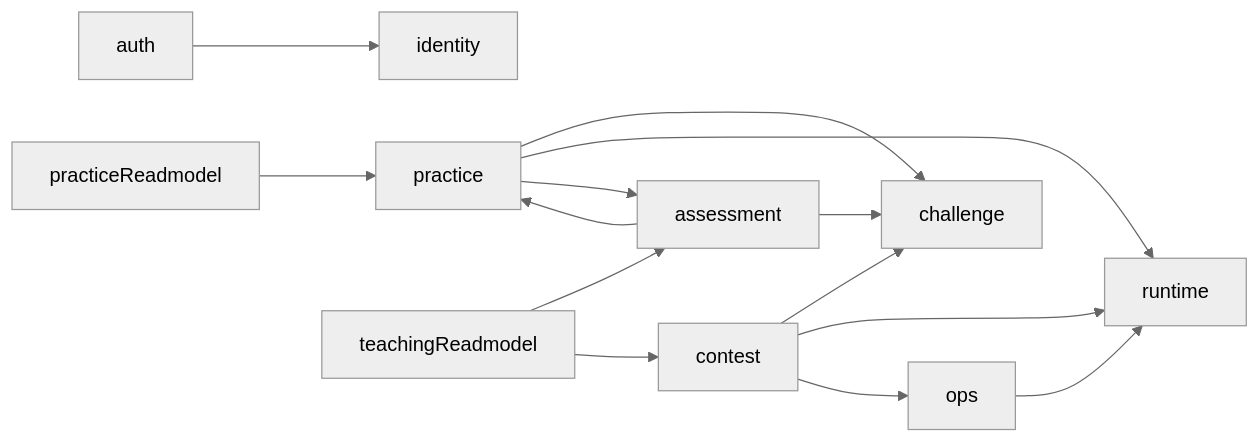
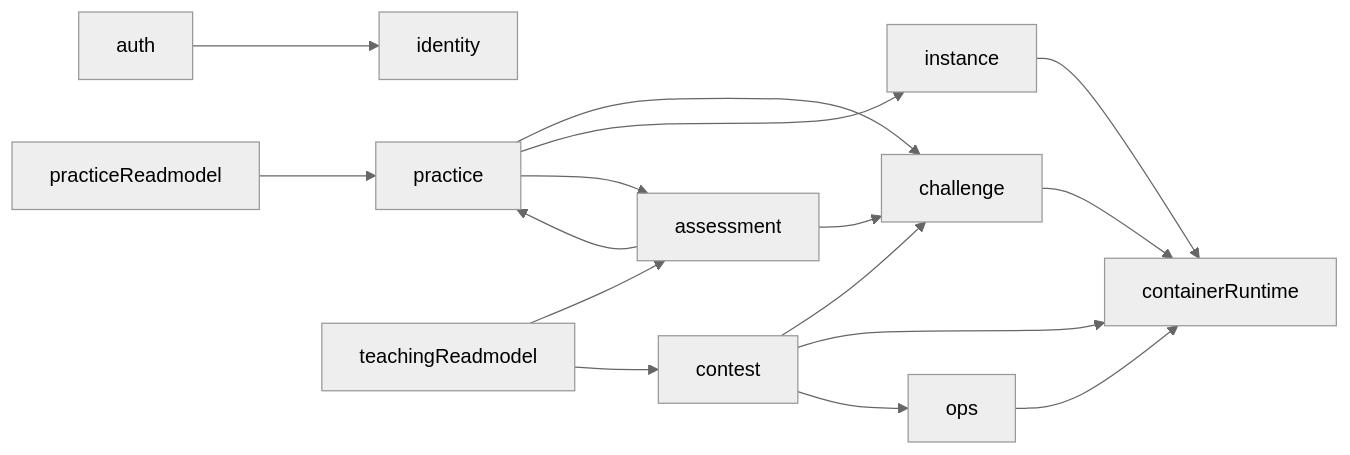
The third of 7 diagrams in docs/architecture/backend/01-system-architecture.md (architectcgz/ctf), drawn with Mermaid (neutral theme) before and after one commit. The commit also changed other lines of this file and 42 other files, not shown here.

Commit message:
重构(后端): 收口 auth/identity 与 runtime/instance 边界

````diff
--- a/docs/architecture/backend/01-system-architecture.md
+++ b/docs/architecture/backend/01-system-architecture.md
@@ -143,16 +147,18 @@
 ```mermaid
 flowchart LR
     auth --> identity
+    challenge --> containerRuntime
     practice --> challenge
-    practice --> runtime
+    practice --> instance
+    instance --> containerRuntime
     practice --> assessment
     contest --> challenge
-    contest --> runtime
+    contest --> containerRuntime
     contest --> ops
     assessment --> challenge
     assessment --> practice
     practiceReadmodel --> practice
     teachingReadmodel --> assessment
     teachingReadmodel --> contest
-    ops --> runtime
+    ops --> containerRuntime
 ```
````
